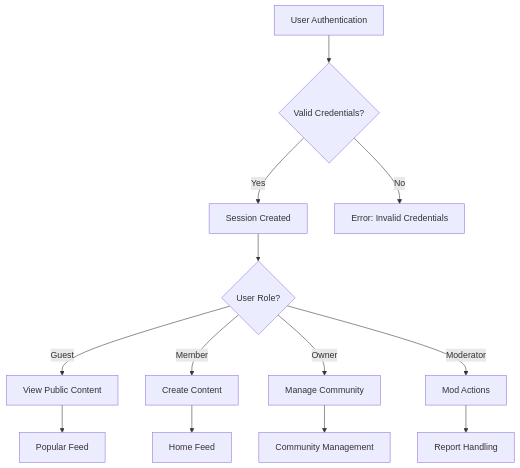
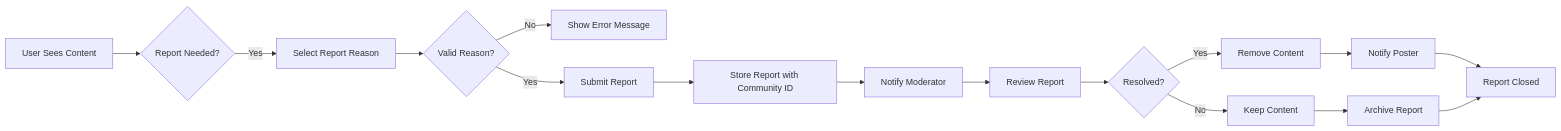
Before and after one commit to wrtnlabs/autobe-examples: the fourth of 4 diagrams in qwen/qwen3-30b-a3b-thinking-2507/reddit/docs/analysis/01-service-overview.md, drawn with Mermaid. The commit also changed other lines of this file and 25939 other files, not shown here.

````diff
--- a/qwen/qwen3-30b-a3b-thinking-2507/reddit/docs/analysis/01-service-overview.md
+++ b/qwen/qwen3-30b-a3b-thinking-2507/reddit/docs/analysis/01-service-overview.md
@@ -239,15 +441,19 @@
 ```mermaid
-flowchart TD
-    A[User Authentication] --> B{Valid Credentials?}
-    B -->|Yes| C[Session Created]
-    B -->|No| D[Error: Invalid Credentials]
-    C --> E{User Role?}
-    E -->|Guest| F[View Public Content]
-    E -->|Member| G[Create Content]
-    E -->|Owner| H[Manage Community]
-    E -->|Moderator| I[Mod Actions]
-    F --> J[Popular Feed]
-    G --> K[Home Feed]
-    H --> L[Community Management]
-    I --> M[Report Handling]
+graph LR
+    A[User Sees Content] --> B{Report Needed?}
+    B -->|Yes| C[Select Report Reason]
+    C --> D{Valid Reason?}
+    D -->|No| E[Show Error Message]
+    D -->|Yes| F[Submit Report]
+    F --> G[Store Report with Community ID]
+    G --> H[Notify Moderator]
+    H --> I[Review Report]
+    I --> J{Resolved?}
+    J -->|Yes| K[Remove Content]
+    J -->|No| L[Keep Content]
+    K --> M[Notify Poster]
+    L --> N[Archive Report]
+    M --> O[Close Report]
+    N --> O
+    O[Report Closed]
 ```
````
